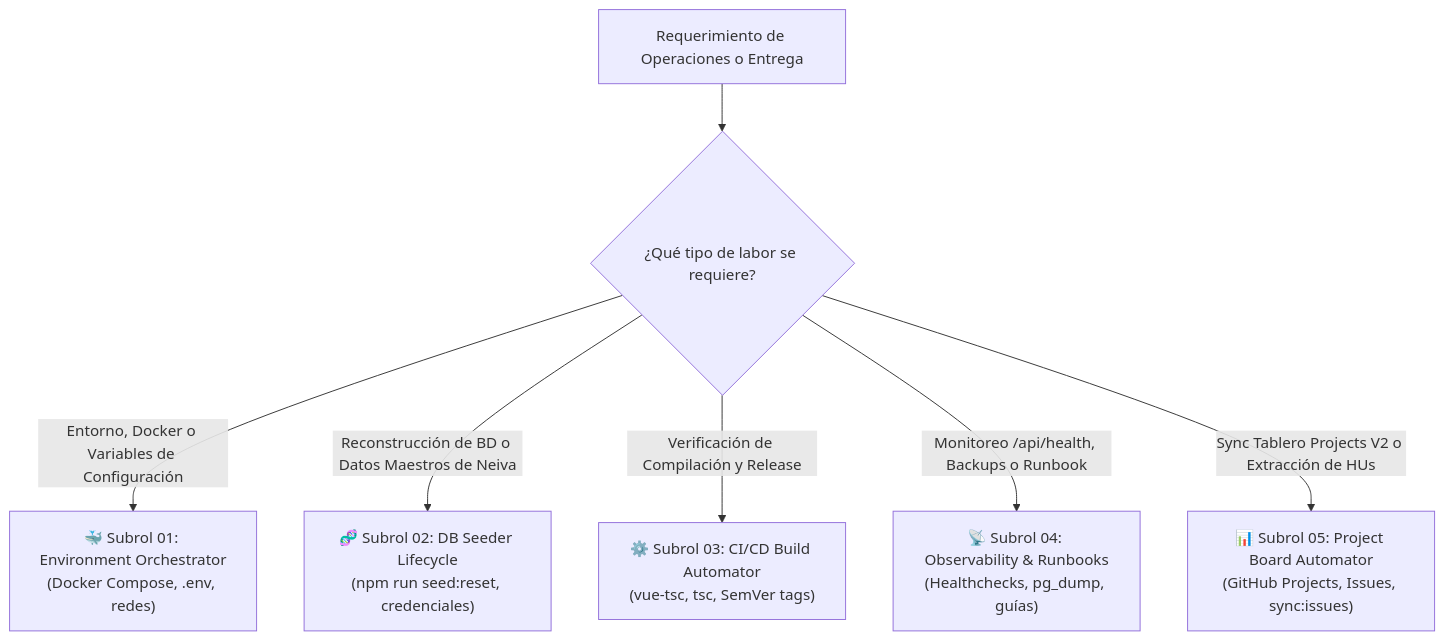
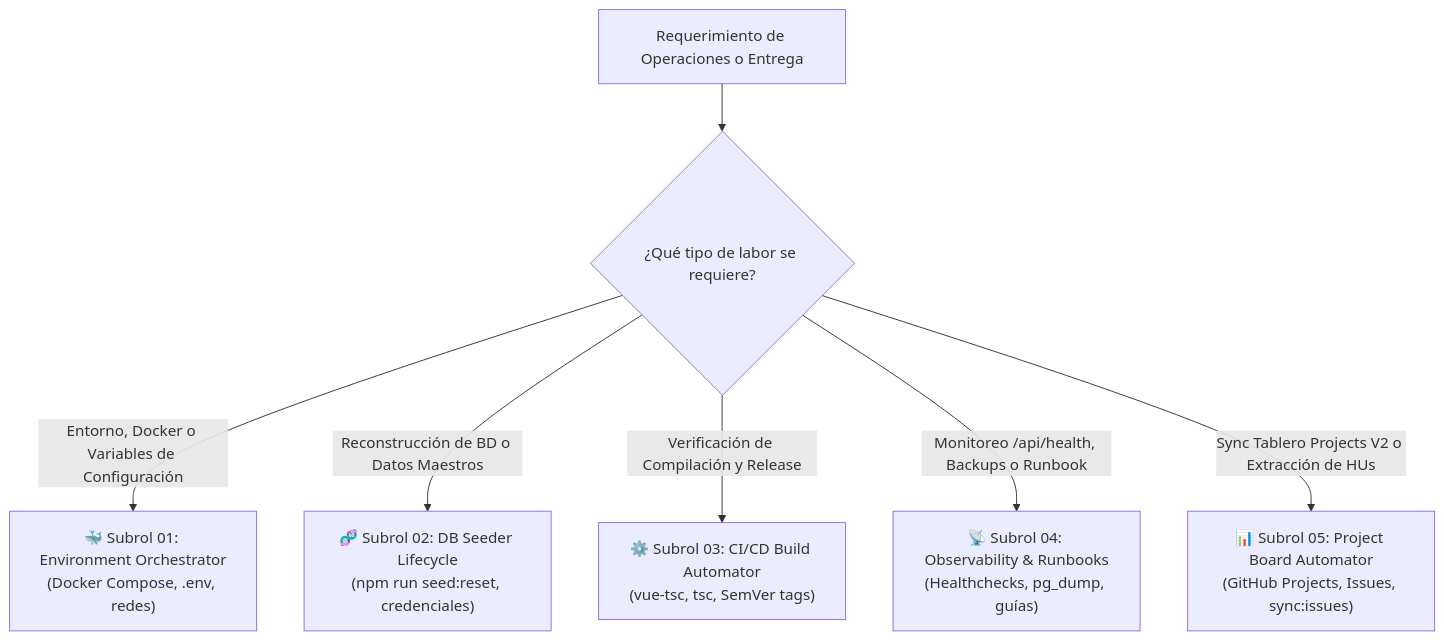
One commit to DanExl24/multiagent-sdlc-starter changed the diagram in multiAgents/06_devops_release/ROLE.md. Above: the diagram before and after it, drawn with Mermaid. The commit also changed other lines of this file and 35 other files, not shown here.

````diff
--- a/multiAgents/06_devops_release/ROLE.md
+++ b/multiAgents/06_devops_release/ROLE.md
@@ -36,10 +36,10 @@
 ```mermaid
 graph TD
     T[Requerimiento de Operaciones o Entrega] --> C{¿Qué tipo de labor se requiere?}
     
     C -->|Entorno, Docker o Variables de Configuración| S1["🐳 Subrol 01: Environment Orchestrator<br/>(Docker Compose, .env, redes)"]
-    C -->|Reconstrucción de BD o Datos Maestros de Neiva| S2["🧬 Subrol 02: DB Seeder Lifecycle<br/>(npm run seed:reset, credenciales)"]
+    C -->|Reconstrucción de BD o Datos Maestros| S2["🧬 Subrol 02: DB Seeder Lifecycle<br/>(npm run seed:reset, credenciales)"]
     C -->|Verificación de Compilación y Release| S3["⚙️ Subrol 03: CI/CD Build Automator<br/>(vue-tsc, tsc, SemVer tags)"]
     C -->|Monitoreo /api/health, Backups o Runbook| S4["📡 Subrol 04: Observability & Runbooks<br/>(Healthchecks, pg_dump, guías)"]
     C -->|Sync Tablero Projects V2 o Extracción de HUs| S5["📊 Subrol 05: Project Board Automator<br/>(GitHub Projects, Issues, sync:issues)"]
 ```
````
